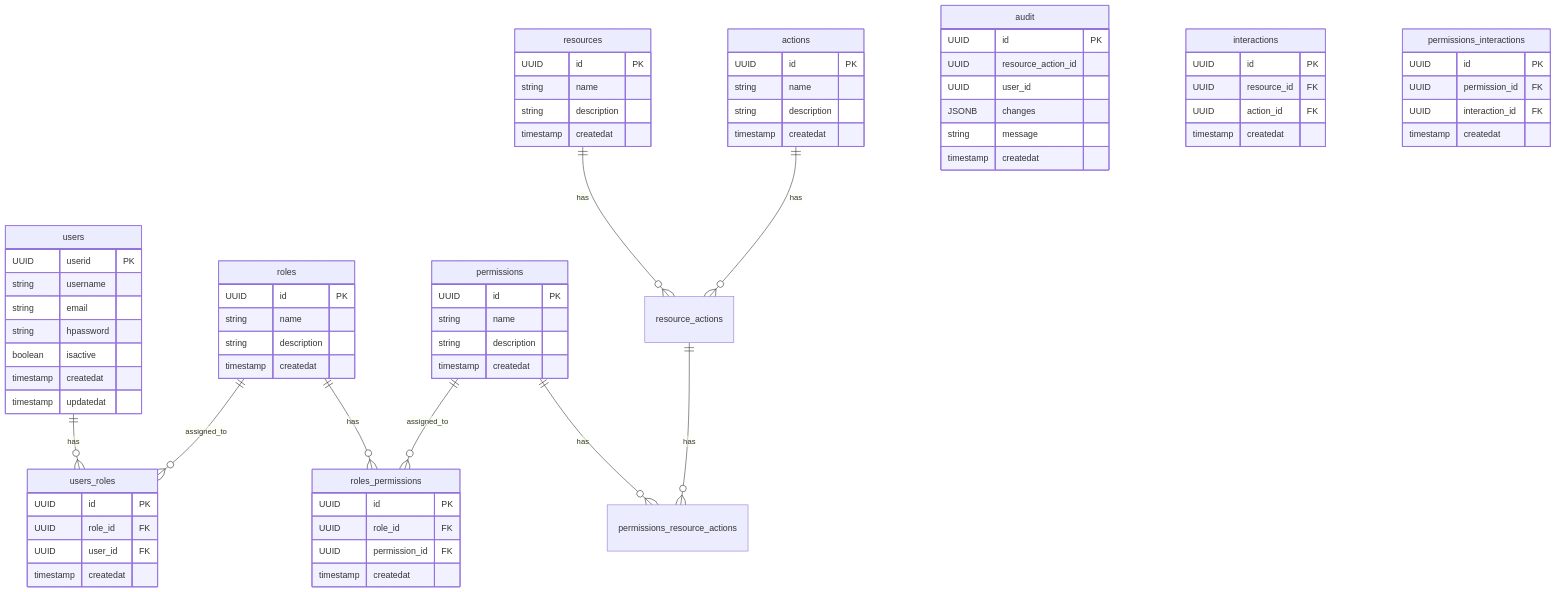
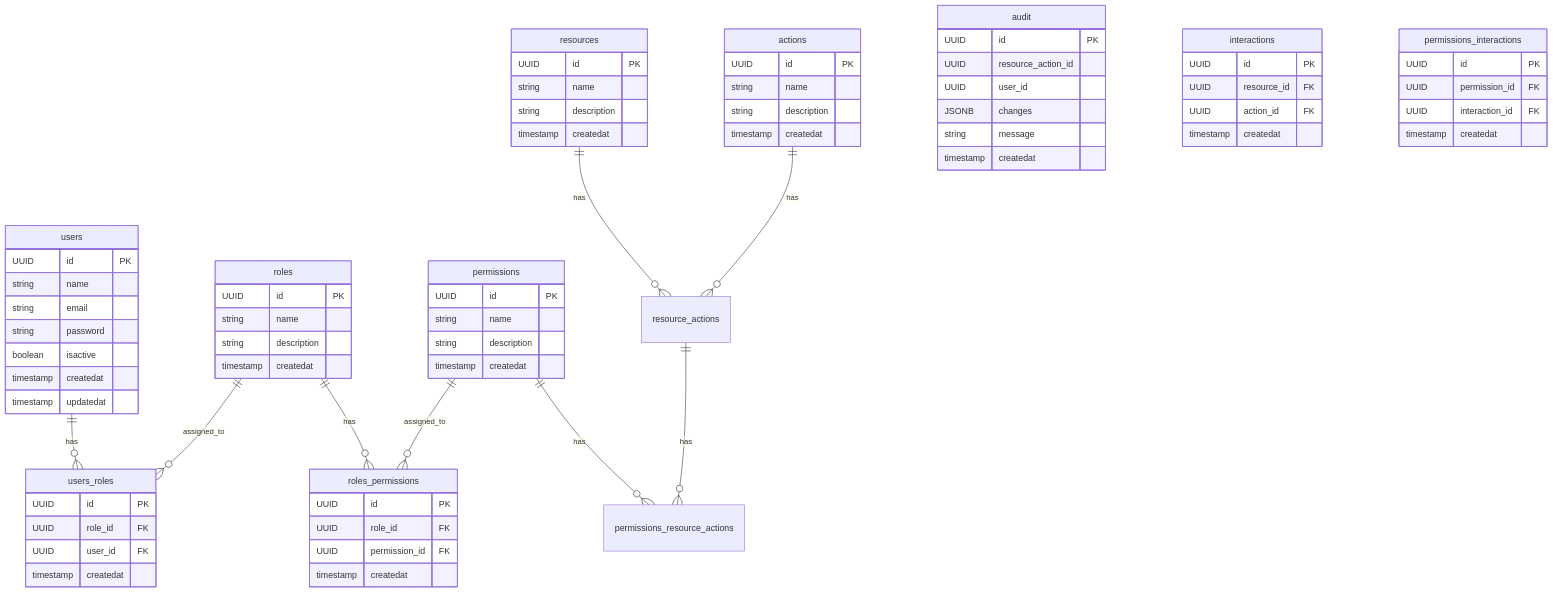
One commit to 0xhunterkiller/berry changed the diagram in README.md. Above: the diagram before and after it, drawn with Mermaid. The commit also changed 15 other files, not shown here.

```diff
--- a/README.md
+++ b/README.md
@@ -43,10 +43,10 @@
     }
 
     users {
-        UUID userid PK
-        string username
+        UUID id PK
+        string name
         string email
-        string hpassword
+        string password
         boolean isactive
         timestamp createdat
         timestamp updatedat
```
